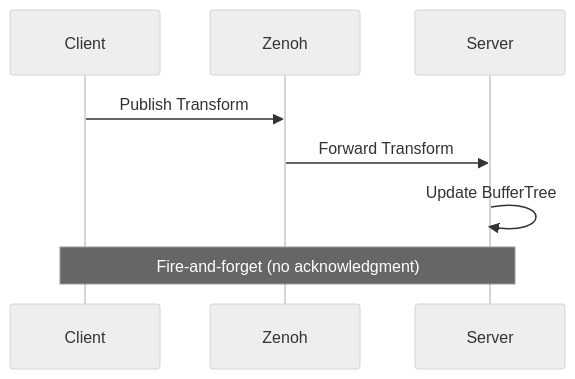
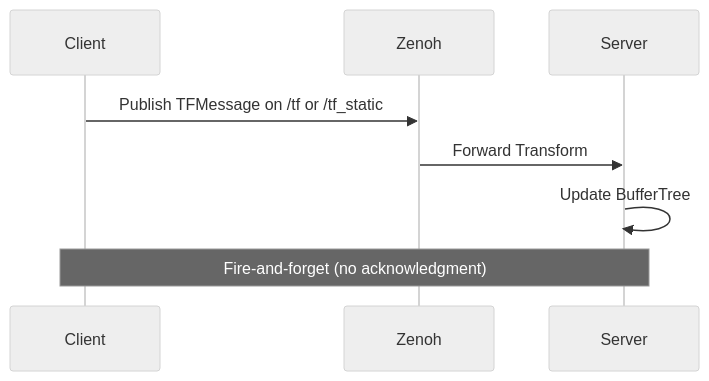
One commit to MaxiMaerz/schiebung changed the second of 3 diagrams in comms/docs/index.md. Above: the diagram before and after it, drawn with Mermaid (neutral theme). The commit also changed other lines of this file and 54 other files, not shown here.

````diff
--- a/comms/docs/index.md
+++ b/comms/docs/index.md
@@ -24,11 +32,11 @@
 ```mermaid
 sequenceDiagram
     participant Client
     participant Zenoh
     participant Server
 
-    Client->>Zenoh: Publish Transform
+    Client->>Zenoh: Publish TFMessage on /tf or /tf_static
     Zenoh->>Server: Forward Transform
     Server->>Server: Update BufferTree
     Note over Client,Server: Fire-and-forget (no acknowledgment)
 ```
````
